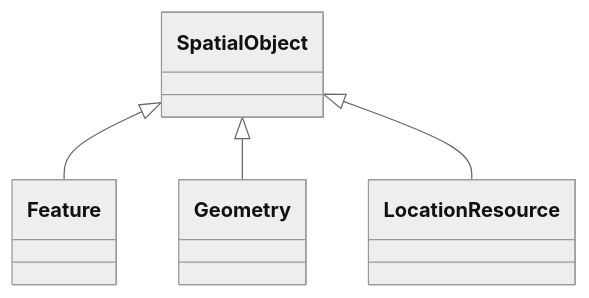
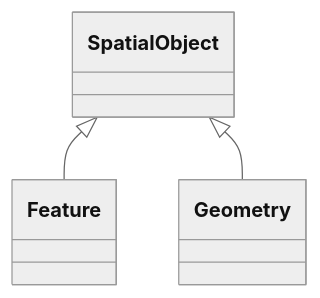
Before and after one commit to 3lbits/NoCIMExtensions: the diagram in docs/AviationObstacle/SpatialObject.md, drawn with Mermaid (neutral theme). The commit also changed 32 other files, not shown here.

````diff
--- a/docs/AviationObstacle/SpatialObject.md
+++ b/docs/AviationObstacle/SpatialObject.md
@@ -16,13 +16,11 @@
 ```mermaid
  classDiagram
     class SpatialObject
     click SpatialObject href "../SpatialObject"
       SpatialObject <|-- Feature
         click Feature href "../Feature"
       SpatialObject <|-- Geometry
         click Geometry href "../Geometry"
-      SpatialObject <|-- LocationResource
-        click LocationResource href "../LocationResource"
       
       
 ```
````
